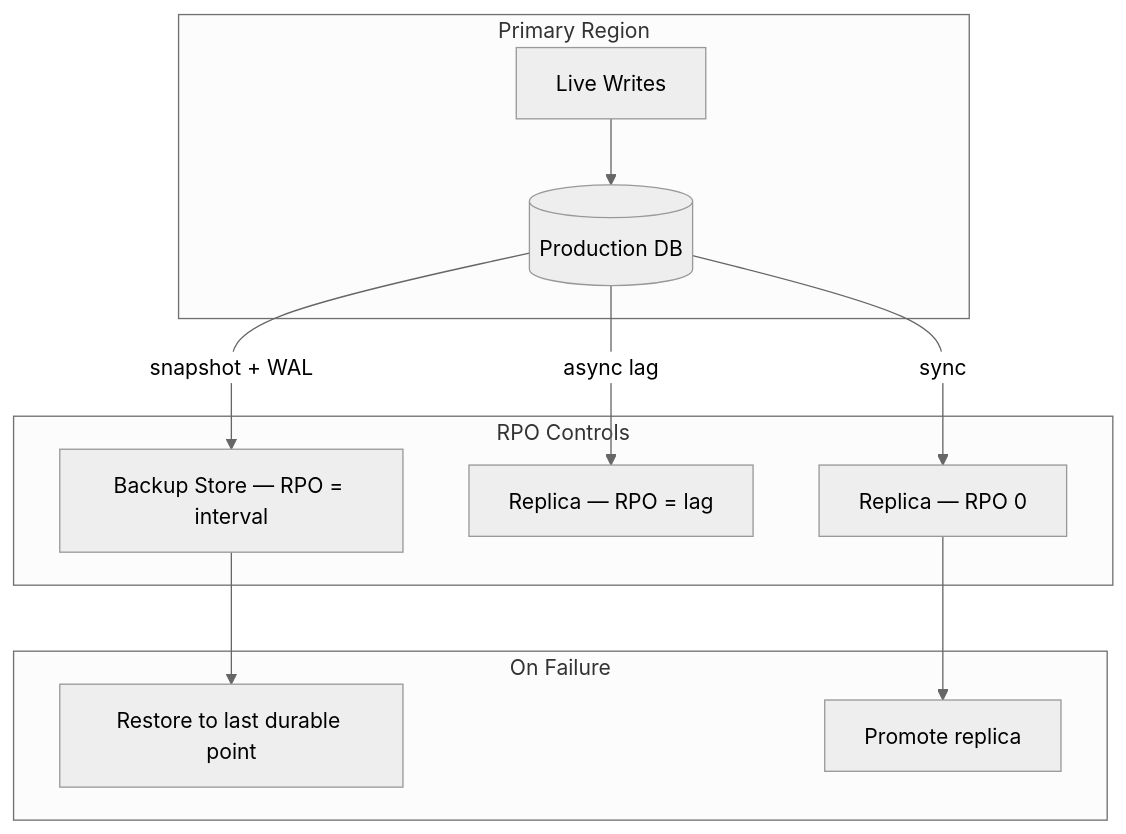
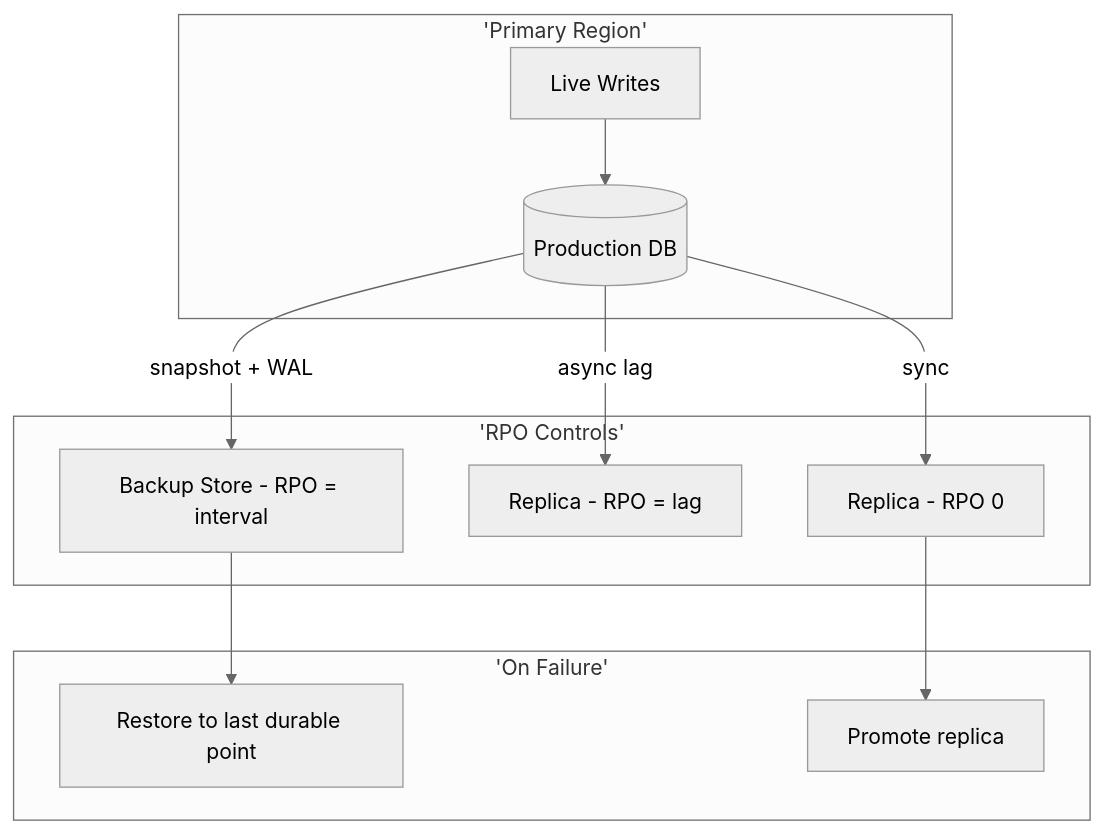
The tenth of 21 diagrams in 12-reliability-engineering/README.md (hareramcse/SystemDesign), drawn with Mermaid (neutral theme) before and after one commit. The commit also changed other lines of this file and 14 other files, not shown here.

````diff
--- a/12-reliability-engineering/README.md
+++ b/12-reliability-engineering/README.md
@@ -437,15 +437,15 @@
 ```mermaid
 flowchart TB
-    subgraph Primary["Primary Region"]
+    subgraph Primary['Primary Region']
         W[Live Writes] --> DB[(Production DB)]
     end
-    subgraph Protection["RPO Controls"]
-        DB -->|sync| R0[Replica — RPO 0]
-        DB -->|async lag| R1[Replica — RPO = lag]
-        DB -->|snapshot + WAL| BK[Backup Store — RPO = interval]
+    subgraph Protection['RPO Controls']
+        DB -->|sync| R0[Replica - RPO 0]
+        DB -->|async lag| R1[Replica - RPO = lag]
+        DB -->|snapshot + WAL| BK[Backup Store - RPO = interval]
     end
-    subgraph Failure["On Failure"]
+    subgraph Failure['On Failure']
         BK --> Restore[Restore to last durable point]
         R0 --> Promote[Promote replica]
     end
 ```
````
